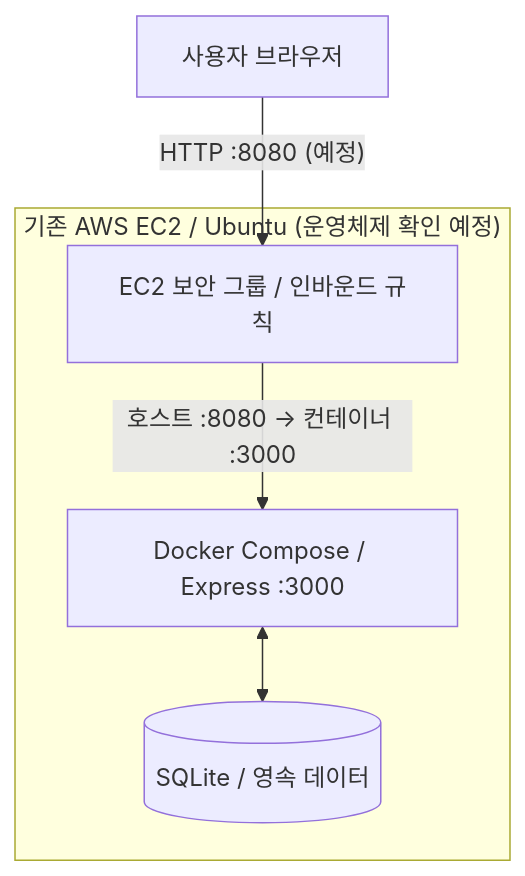
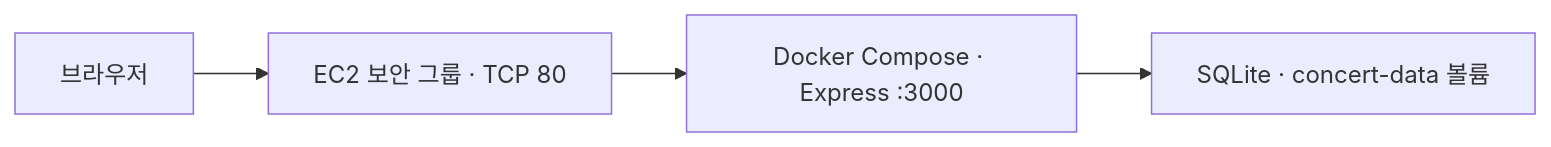
One commit to qkrgusrb0123a-ui/Week10_Workout changed the diagram in README.md. Above: the diagram before and after it, drawn with Mermaid. The commit also changed other lines of this file and 24 other files, not shown here.

````diff
--- a/README.md
+++ b/README.md
@@ -96,9 +107,6 @@
 ```mermaid
-flowchart TD
-    U["사용자 브라우저"]
-    U -->|"HTTP :8080 (예정)"| SG["EC2 보안 그룹 / 인바운드 규칙"]
-    subgraph EC2["기존 AWS EC2 / Ubuntu (운영체제 확인 예정)"]
-        SG -->|"호스트 :8080 → 컨테이너 :3000"| APP["Docker Compose / Express :3000"]
-        APP <--> DB[("SQLite / 영속 데이터")]
-    end
+flowchart LR
+  Browser["브라우저"] --> SG["EC2 보안 그룹 · TCP 80"]
+  SG --> App["Docker Compose · Express :3000"]
+  App --> Data["SQLite · concert-data 볼륨"]
 ```
````
